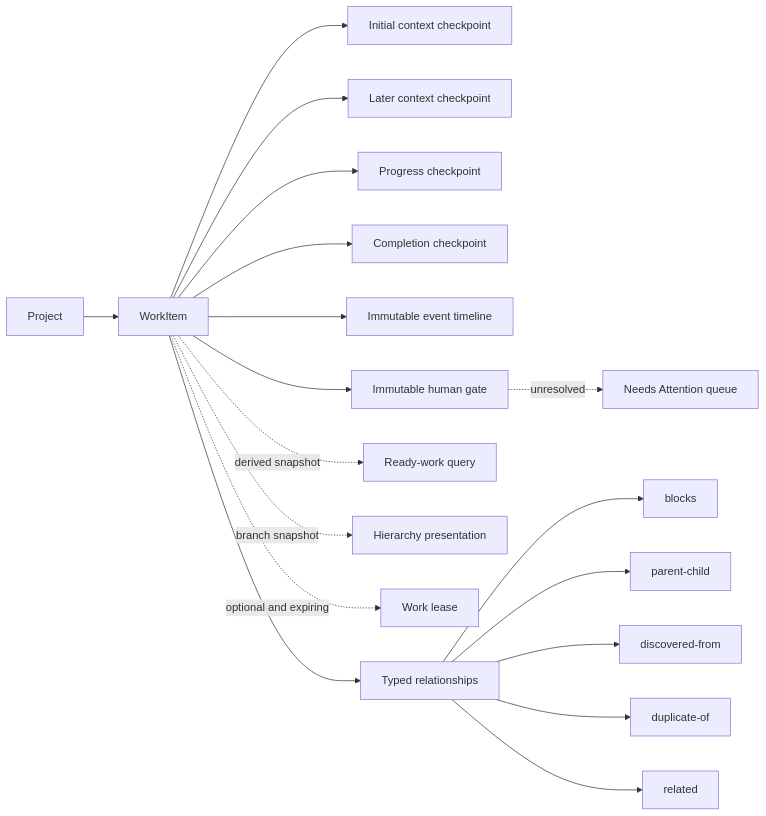
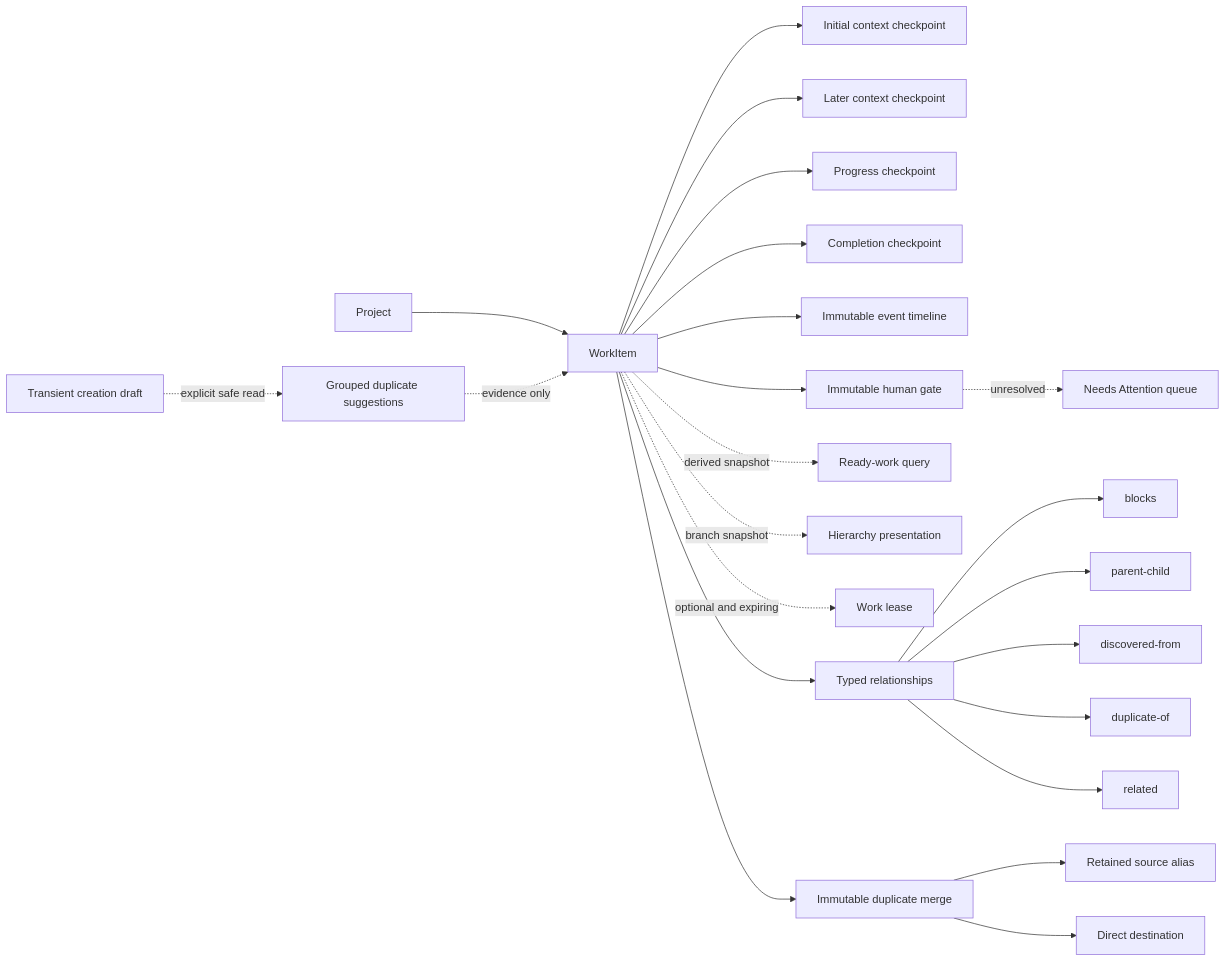
The first of 2 diagrams in docs/architecture.md (RightBrain-Networks/mnemonic), drawn with Mermaid before and after one commit. The commit also changed other lines of this file and 142 other files, not shown here.

````diff
--- a/docs/architecture.md
+++ b/docs/architecture.md
@@ -14,20 +15,25 @@
 ```mermaid
 flowchart LR
     Project --> WorkItem
     WorkItem --> Initial[Initial context checkpoint]
     WorkItem --> Context[Later context checkpoint]
     WorkItem --> Progress[Progress checkpoint]
     WorkItem --> Completion[Completion checkpoint]
     WorkItem --> Event[Immutable event timeline]
     WorkItem --> Gate[Immutable human gate]
     Gate -. unresolved .-> Attention[Needs Attention queue]
     WorkItem -. derived snapshot .-> Ready[Ready-work query]
     WorkItem -. branch snapshot .-> Presentation[Hierarchy presentation]
     WorkItem -. optional and expiring .-> Lease[Work lease]
     WorkItem --> Graph[Typed relationships]
     Graph --> Blocks[blocks]
     Graph --> Parent[parent-child]
     Graph --> Discovery[discovered-from]
     Graph --> Duplicate[duplicate-of]
     Graph --> Related[related]
+    WorkItem --> Merge[Immutable duplicate merge]
+    Merge --> Alias[Retained source alias]
+    Merge --> Canonical[Direct destination]
+    Draft[Transient creation draft] -. explicit safe read .-> Suggestion[Grouped duplicate suggestions]
+    Suggestion -. evidence only .-> WorkItem
 ```
````
